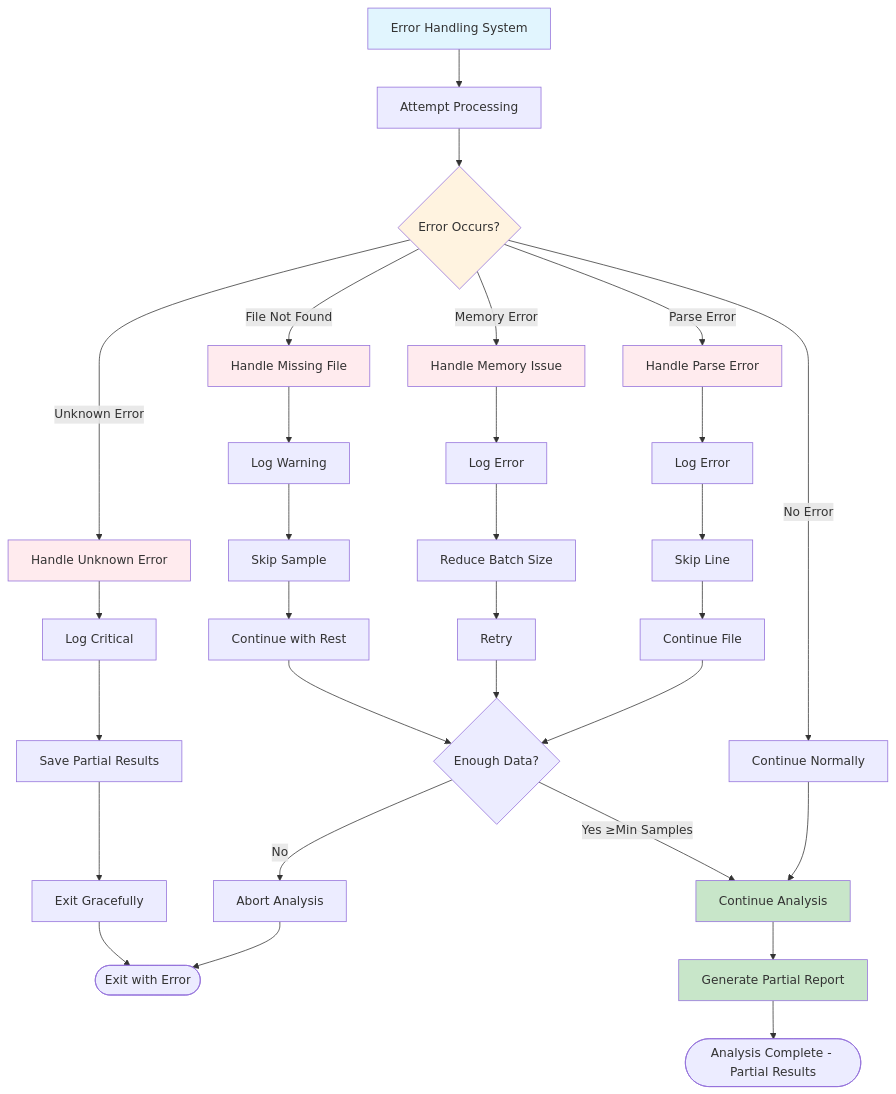
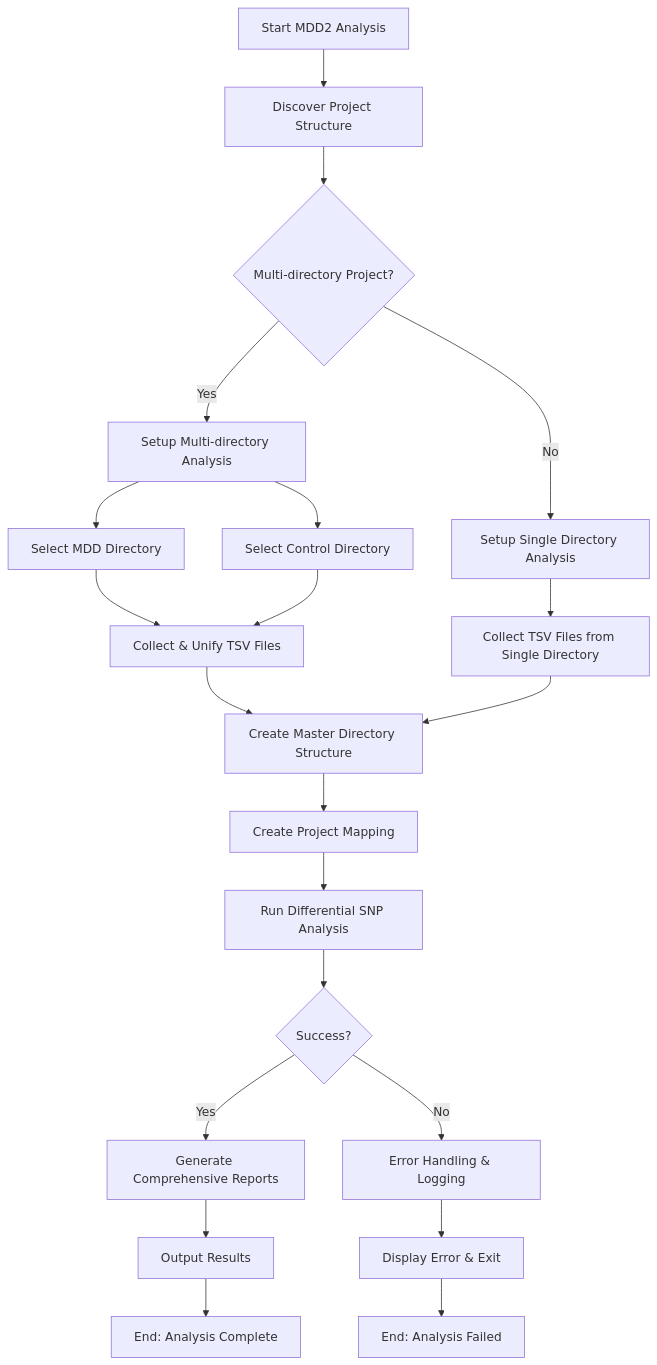
The tenth of 10 diagrams in README.md (sajeethphilip/MDD), drawn with Mermaid before and after one commit. The commit also changed other lines of this file, not shown here.

````diff
--- a/README.md
+++ b/README.md
@@ -492,41 +259,30 @@
 ```mermaid
 flowchart TD
-    StartError[Error Handling System] --> TryProcess[Attempt Processing]
+    A[Start MDD2 Analysis] --> B[Discover Project Structure]
+    B --> C{Multi-directory Project?}
+    C -->|Yes| D[Setup Multi-directory Analysis]
+    C -->|No| E[Setup Single Directory Analysis]
     
-    TryProcess --> ErrorCheck{Error Occurs?}
+    D --> F[Select MDD Directory]
+    D --> G[Select Control Directory]
+    F & G --> H[Collect & Unify TSV Files]
     
-    ErrorCheck -->|No Error| Continue[Continue Normally]
+    E --> I[Collect TSV Files from Single Directory]
     
-    ErrorCheck -->|File Not Found| HandleFile[Handle Missing File]
-    ErrorCheck -->|Memory Error| HandleMem[Handle Memory Issue]
-    ErrorCheck -->|Parse Error| HandleParse[Handle Parse Error]
-    ErrorCheck -->|Unknown Error| HandleUnknown[Handle Unknown Error]
+    H --> J[Create Master Directory Structure]
+    I --> J
     
-    HandleFile --> Log1[Log Warning] --> Skip1[Skip Sample] --> Recover1[Continue with Rest]
-    HandleMem --> Log2[Log Error] --> Adjust1[Reduce Batch Size] --> Retry1[Retry]
-    HandleParse --> Log3[Log Error] --> Skip2[Skip Line] --> Recover2[Continue File]
-    HandleUnknown --> Log4[Log Critical] --> SavePartial[Save Partial Results] --> ExitGraceful[Exit Gracefully]
+    J --> K[Create Project Mapping]
+    K --> L[Run Differential SNP Analysis]
     
-    Recover1 --> CheckProgress{Enough Data?}
-    Retry1 --> CheckProgress
-    Recover2 --> CheckProgress
-    ExitGraceful --> EndError([Exit with Error])
+    L --> M{Success?}
+    M -->|Yes| N[Generate Comprehensive Reports]
+    M -->|No| O[Error Handling & Logging]
     
-    CheckProgress -->|Yes ≥Min Samples| ContinueAnalysis[Continue Analysis]
-    CheckProgress -->|No| Abort[Abort Analysis]
+    N --> P[Output Results]
+    O --> Q[Display Error & Exit]
     
-    Continue --> ContinueAnalysis
-    ContinueAnalysis --> GeneratePartial[Generate Partial Report]
-    
-    GeneratePartial --> EndPartial([Analysis Complete - Partial Results])
-    Abort --> EndError
-    
-    style StartError fill:#e1f5fe
-    style ErrorCheck fill:#fff3e0
-    style HandleFile fill:#ffebee
-    style HandleMem fill:#ffebee
-    style HandleParse fill:#ffebee
-    style HandleUnknown fill:#ffebee
-    style ContinueAnalysis fill:#c8e6c9
-    style GeneratePartial fill:#c8e6c9
+    P --> R[End: Analysis Complete]
+    Q --> S[End: Analysis Failed]
+  
 ```
````
